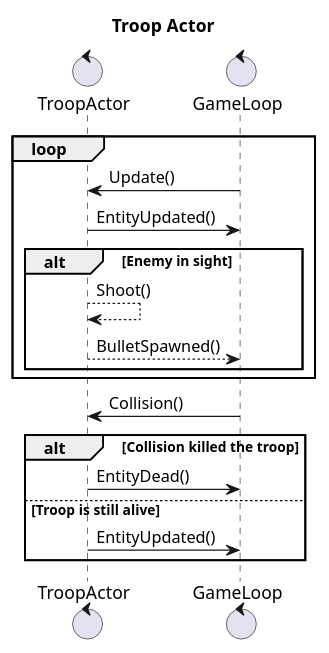
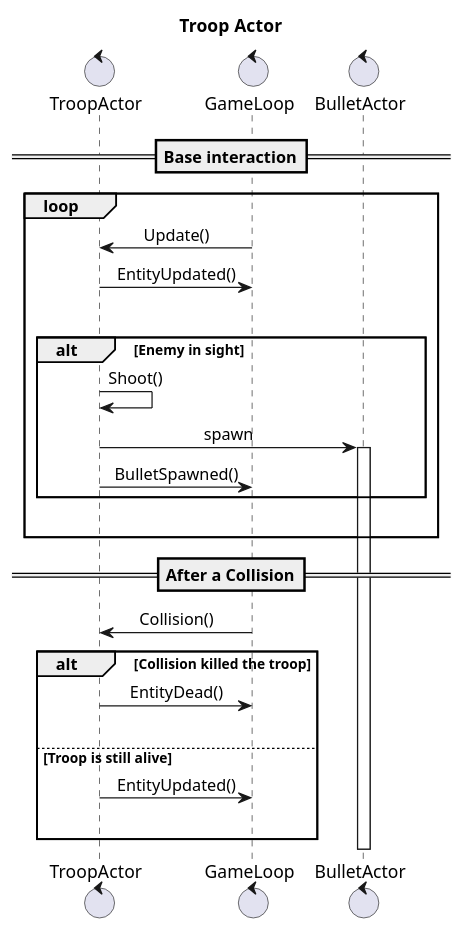
Before and after one commit to PaoloPenazzi/pps-pvzlike: the diagram in doc/diagrams/TroopActor.puml, drawn with PlantUML.

Commit message:
docs: update TroopActor diagram

```diff
--- a/doc/diagrams/TroopActor.puml
+++ b/doc/diagrams/TroopActor.puml
@@ -1,33 +1,38 @@
 @startuml
 'https://plantuml.com/sequence-diagram
 
 title Troop Actor
-
 control TroopActor
 control GameLoop
-
+control BulletActor
+skinparam sequenceMessageAlign center
+== Base interaction==
 loop
-
 GameLoop -> TroopActor: Update()
 TroopActor -> GameLoop: EntityUpdated()
-
+|||
 alt Enemy in sight
-    TroopActor --> TroopActor: Shoot()
-    TroopActor --> GameLoop: BulletSpawned()
+    TroopActor -> TroopActor: Shoot()
+    TroopActor -> BulletActor: spawn
+    activate BulletActor
+    TroopActor -> GameLoop: BulletSpawned()
 end
+|||
 end
-
+==After a Collision==
 GameLoop -> TroopActor: Collision()
 alt Collision killed the troop
 TroopActor -> GameLoop: EntityDead()
+|||
 else Troop is still alive
 TroopActor -> GameLoop: EntityUpdated()
+|||
 end
 
 
 
 
 
 
 
 @enduml
```
